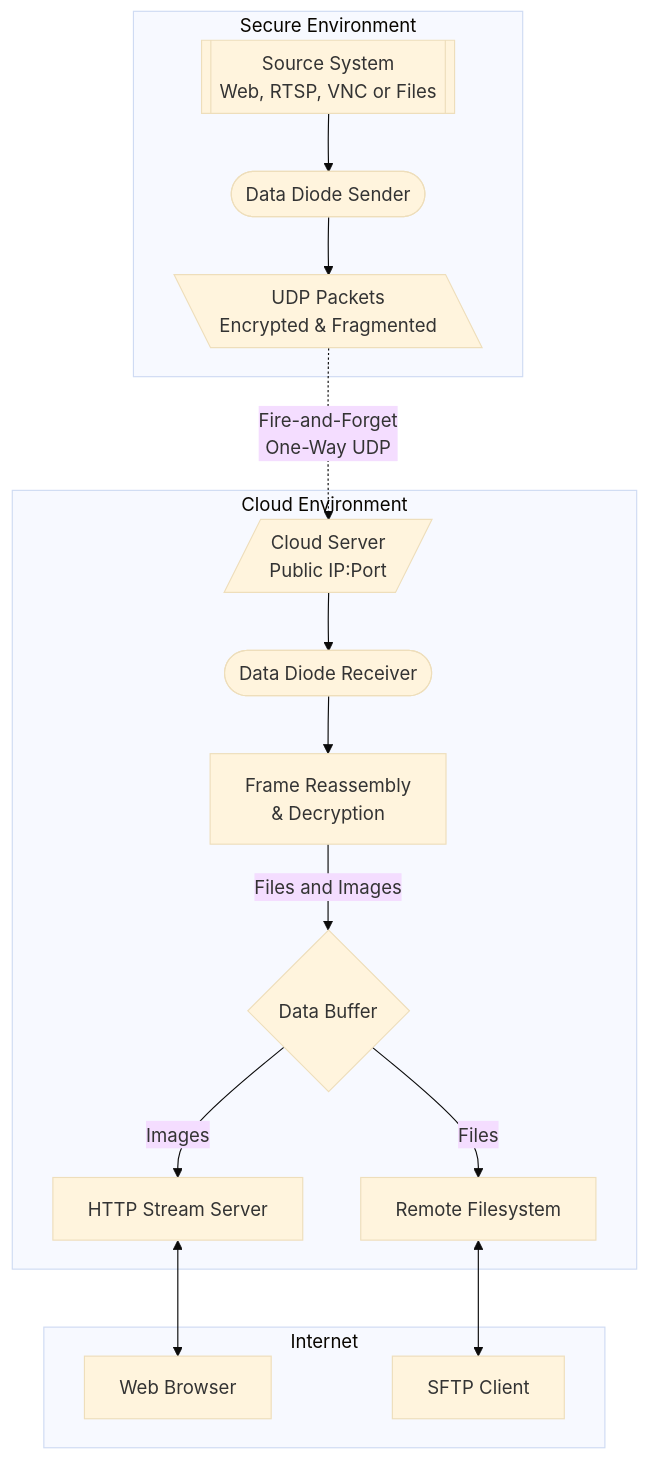
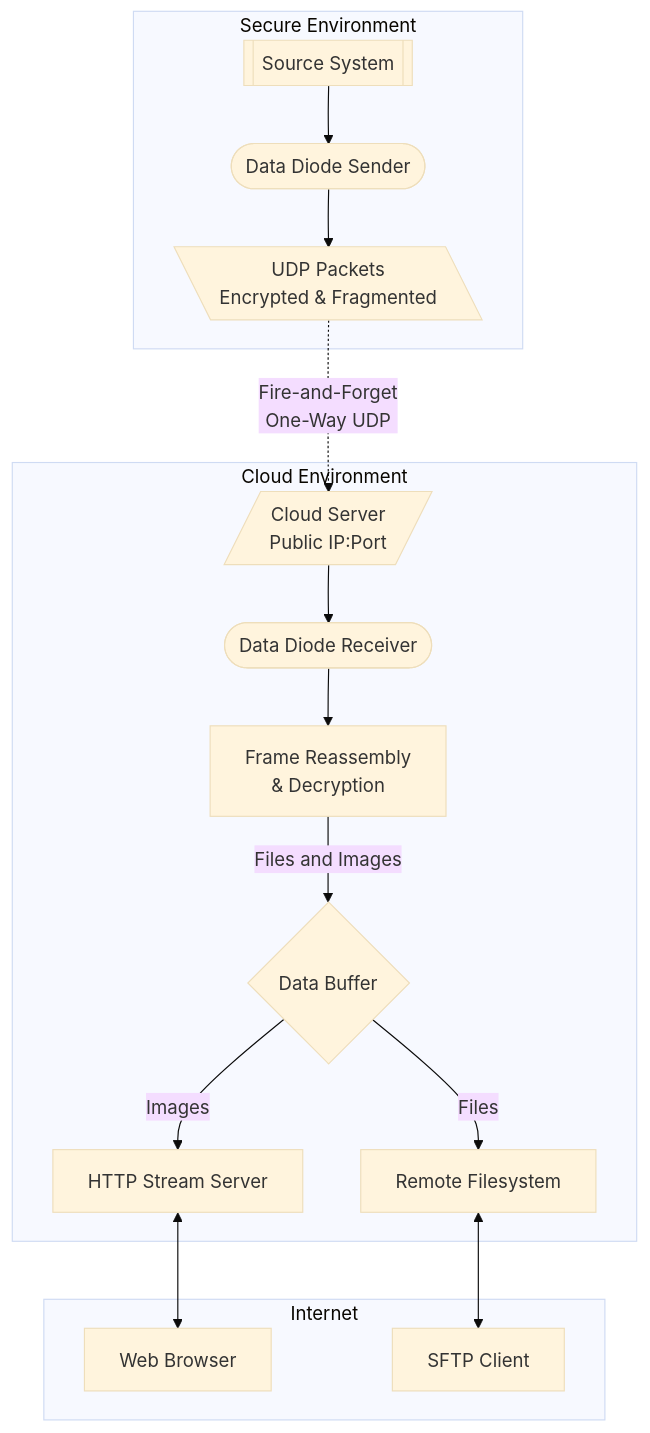
Before and after one commit to bmtwl/SoftDataDiode: the diagram in README.md, drawn with Mermaid (base theme). The commit also changed other lines of this file, not shown here.

````diff
--- a/README.md
+++ b/README.md
@@ -34,25 +119,25 @@
 ```mermaid
 graph TD
     subgraph "Secure Environment"
-        SOURCE[[Source System<BR>Web, RTSP, VNC or Files]] --> SENDER([Data Diode Sender])
+        SOURCE[[Source System]] --> SENDER([Data Diode Sender])
         SENDER --> SENDERPROCESSING[\UDP Packets<br/>Encrypted & Fragmented\]
     end
     
     SENDERPROCESSING -.->|Fire-and-Forget<br/>One-Way UDP| CLOUDIP[/Cloud Server<br/>Public IP:Port/]
     
     subgraph "Cloud Environment"
         CLOUDIP --> RECEIVER([Data Diode Receiver])
         RECEIVER --> RECEIVERPROCESSING[Frame Reassembly<br/>& Decryption]
         RECEIVERPROCESSING -->|Files and Images| BUFFER{Data Buffer}
         BUFFER -->|Images| HTTPSERVER[HTTP Stream Server]
         BUFFER -->|Files| FILESYSTEM[Remote Filesystem]
     end
 
     subgraph "Internet"
         HTTPSERVER <--> WEBBROWSER[Web Browser]
         FILESYSTEM <--> FILECLIENT[SFTP Client]
     end    
     class SOURCE,SENDER,SENDERPROCESSING secure
     class CLOUDIP,RECEIVER,RECEIVERPROCESSING,BUFFER,HTTPSERVER,FILESYSTEM cloud
     class WEBBROWSER,FILECLIENT client
 ```
````
